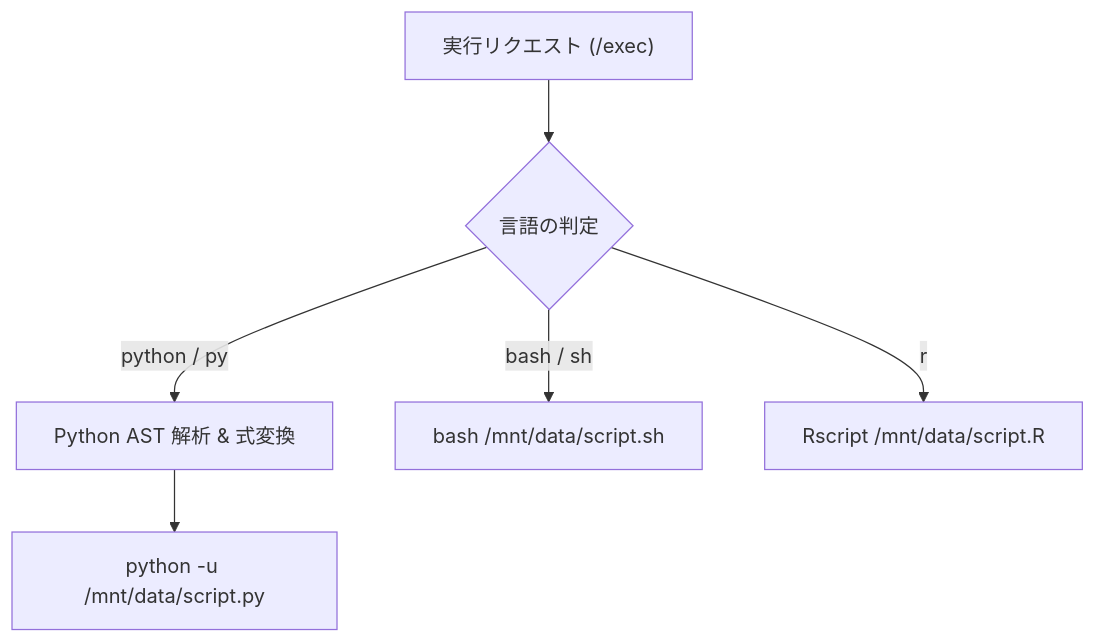
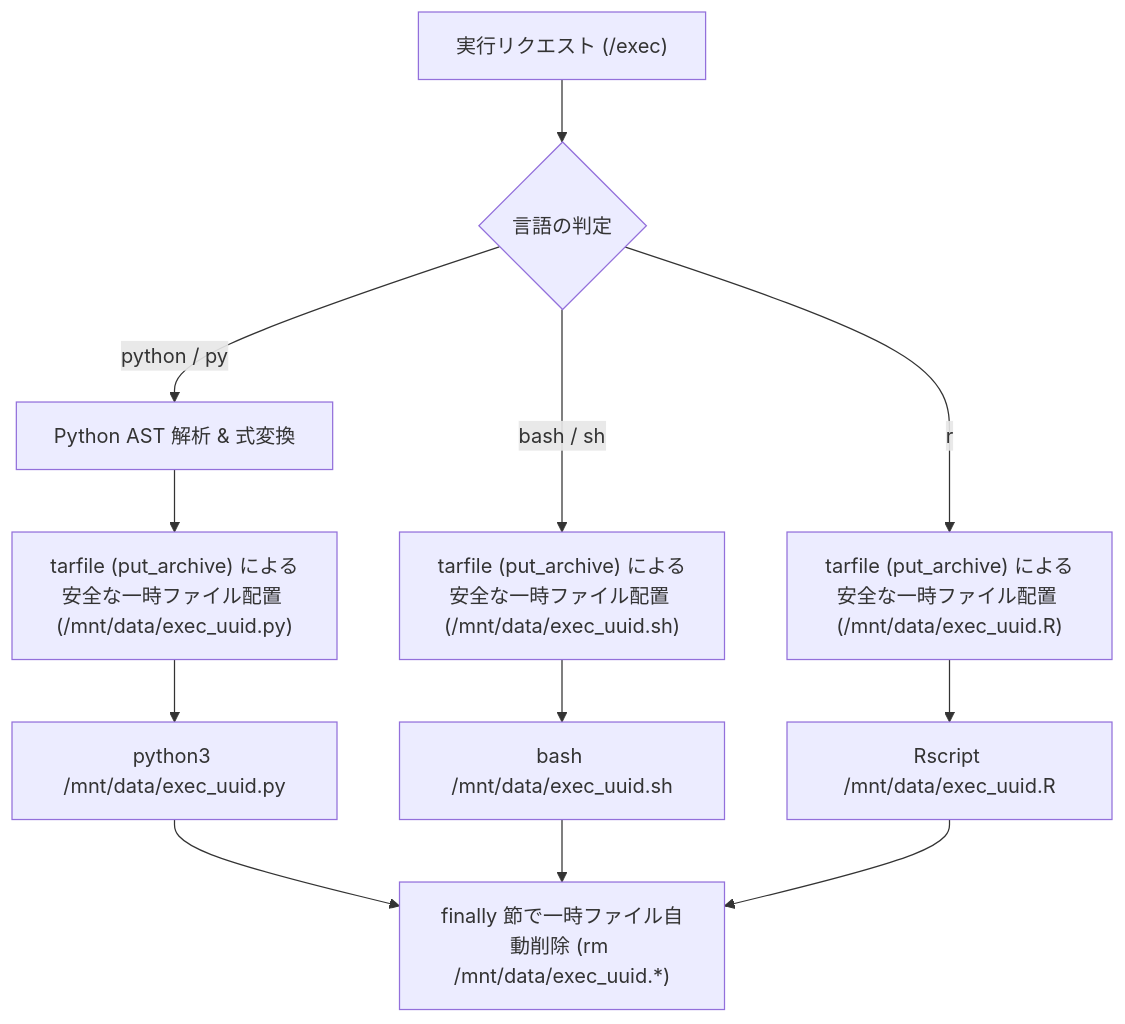
Before and after one commit to chottokun/LibreChat_with_local_CI: the first of 2 diagrams in docs/domain/code-execution.md, drawn with Mermaid. The commit also changed other lines of this file and 13 other files, not shown here.

````diff
--- a/docs/domain/code-execution.md
+++ b/docs/domain/code-execution.md
@@ -24,11 +24,18 @@
 ```mermaid
 graph TD
     Req["実行リクエスト (/exec)"] --> LangCheck{言語の判定}
     
     LangCheck -- "python / py" --> PyExec["Python AST 解析 & 式変換"]
-    PyExec --> RunPy["python -u /mnt/data/script.py"]
+    PyExec --> SafeInject["tarfile (put_archive) による安全な一時ファイル配置 (/mnt/data/exec_uuid.py)"]
+    SafeInject --> RunPy["python3 /mnt/data/exec_uuid.py"]
     
-    LangCheck -- "bash / sh" --> RunBash["bash /mnt/data/script.sh"]
+    LangCheck -- "bash / sh" --> BashInject["tarfile (put_archive) による安全な一時ファイル配置 (/mnt/data/exec_uuid.sh)"]
+    BashInject --> RunBash["bash /mnt/data/exec_uuid.sh"]
     
-    LangCheck -- "r" --> RunR["Rscript /mnt/data/script.R"]
+    LangCheck -- "r" --> RInject["tarfile (put_archive) による安全な一時ファイル配置 (/mnt/data/exec_uuid.R)"]
+    RInject --> RunR["Rscript /mnt/data/exec_uuid.R"]
+
+    RunPy --> CleanUp["finally 節で一時ファイル自動削除 (rm /mnt/data/exec_uuid.*)"]
+    RunBash --> CleanUp
+    RunR --> CleanUp
 ```
````
